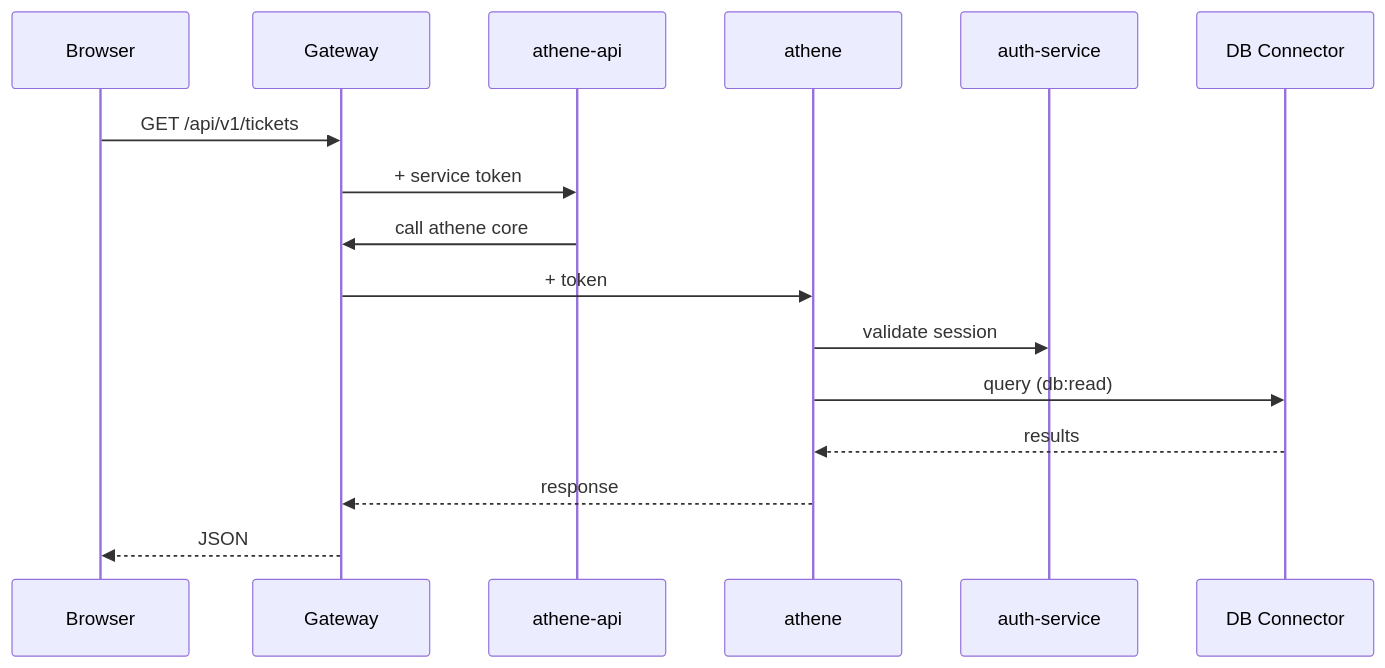
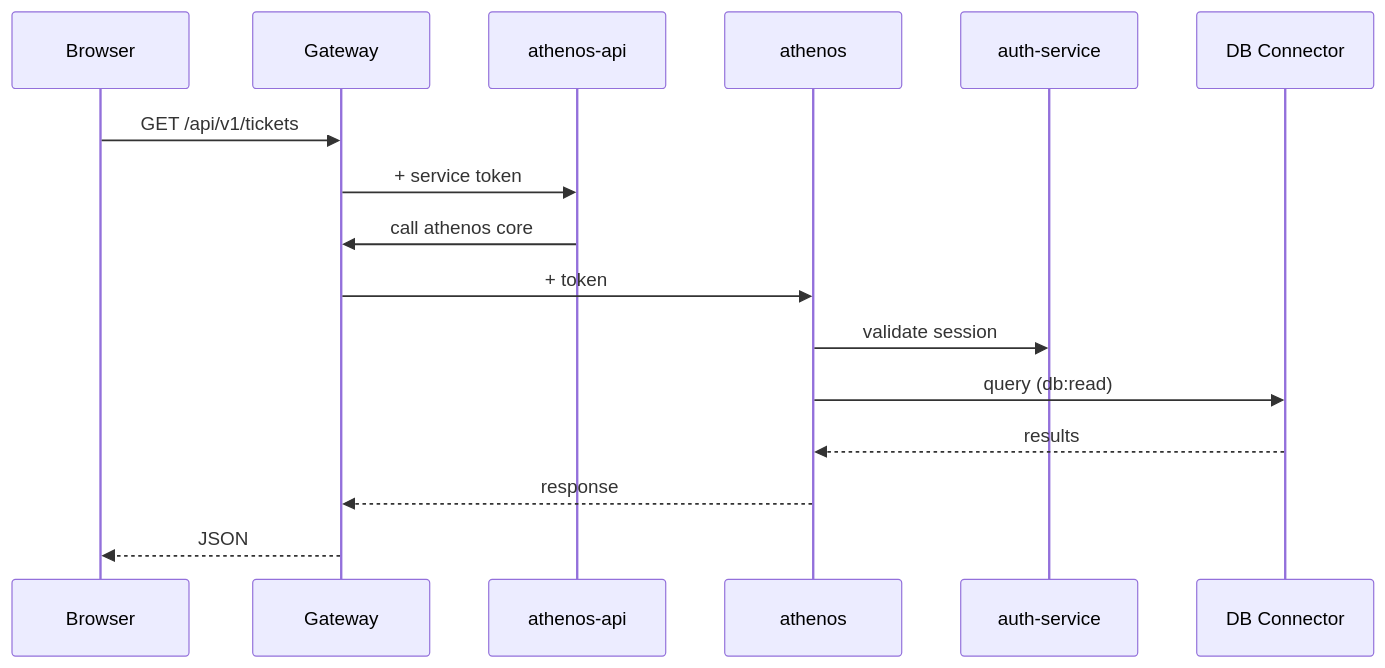
Before and after one commit to J03lF/fenrir: the third of 7 diagrams in README.md, drawn with Mermaid. The commit also changed other lines of this file and 83 other files, not shown here.

Commit message:
chore(rename): Athene is now Athenos (w8n)

````diff
--- a/README.md
+++ b/README.md
@@ -403,19 +403,19 @@
 ```mermaid
 sequenceDiagram
   participant B as Browser
   participant GW as Gateway
-  participant API as athene-api
-  participant Core as athene
+  participant API as athenos-api
+  participant Core as athenos
   participant Auth as auth-service
   participant DB as DB Connector
 
   B->>GW: GET /api/v1/tickets
   GW->>API: + service token
-  API->>GW: call athene core
+  API->>GW: call athenos core
   GW->>Core: + token
   Core->>Auth: validate session
   Core->>DB: query (db:read)
   DB-->>Core: results
   Core-->>GW: response
   GW-->>B: JSON
 ```
````
